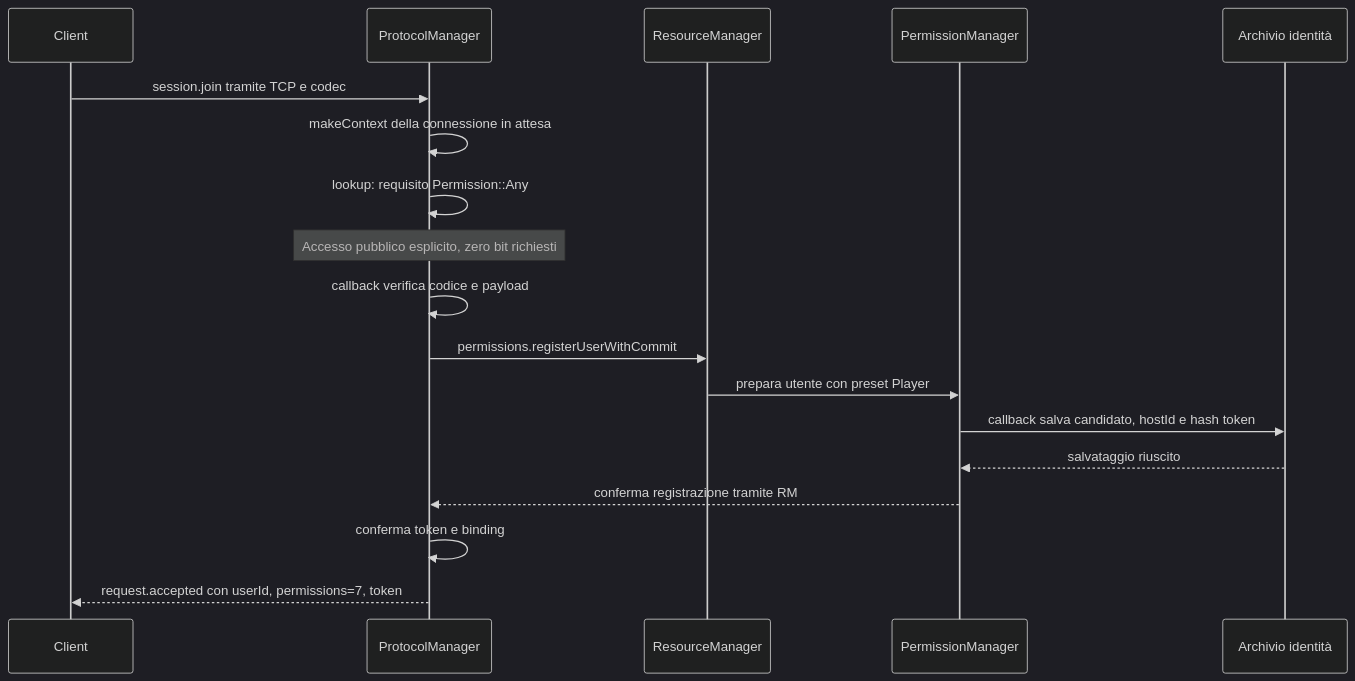
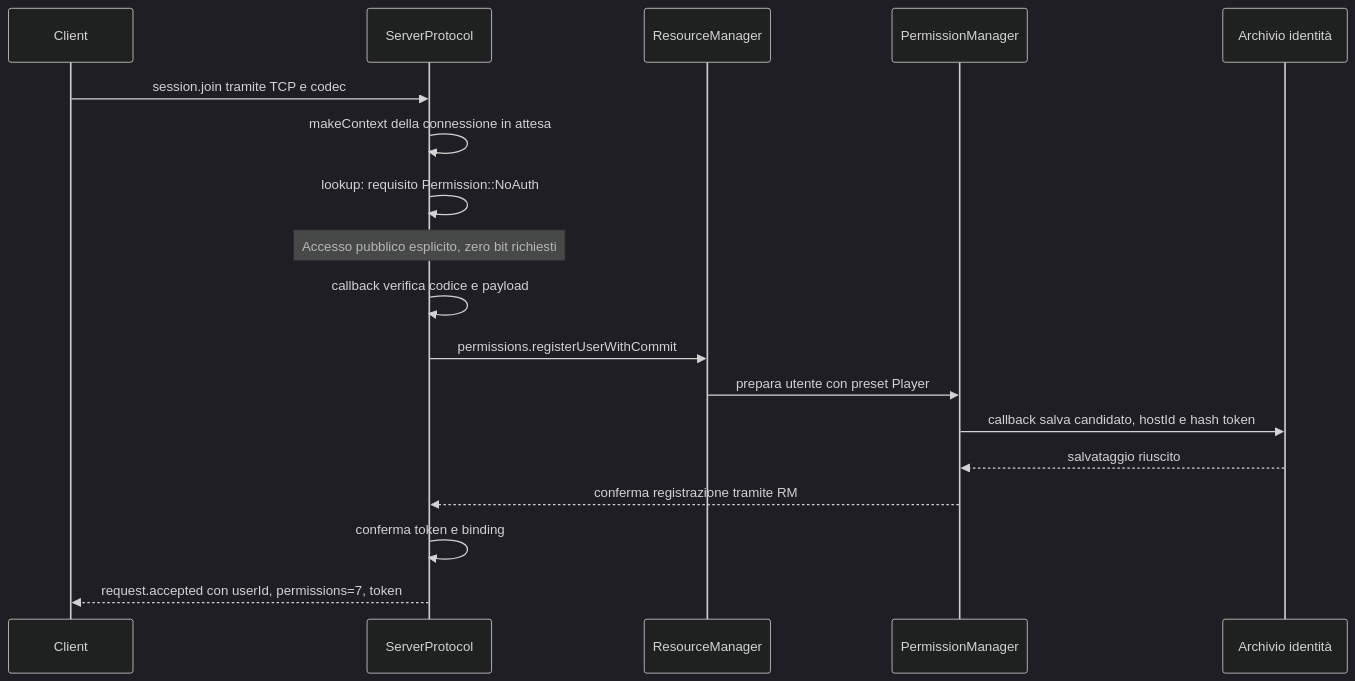
The third of 9 diagrams in .context/session-flows.md (ForzaElettromotrice/GolarionHelper), drawn with Mermaid (dark theme) before and after one commit. The commit also changed other lines of this file and 13 other files, not shown here.

Commit message:
Document multiplayer protocol ownership, permission updates and campaign sheet folders

````diff
--- a/.context/session-flows.md
+++ b/.context/session-flows.md
@@ -64,20 +64,20 @@
 ```mermaid
 sequenceDiagram
     participant C as Client
-    participant PM as ProtocolManager
+    participant PM as ServerProtocol
     participant RM as ResourceManager
     participant P as PermissionManager
     participant F as Archivio identità
     C->>PM: session.join tramite TCP e codec
     PM->>PM: makeContext della connessione in attesa
-    PM->>PM: lookup: requisito Permission::Any
+    PM->>PM: lookup: requisito Permission::NoAuth
     Note over PM: Accesso pubblico esplicito, zero bit richiesti
     PM->>PM: callback verifica codice e payload
     PM->>RM: permissions.registerUserWithCommit
     RM->>P: prepara utente con preset Player
     P->>F: callback salva candidato, hostId e hash token
     F-->>P: salvataggio riuscito
     P-->>PM: conferma registrazione tramite RM
     PM->>PM: conferma token e binding
     PM-->>C: request.accepted con userId, permissions=7, token
 ```
````
